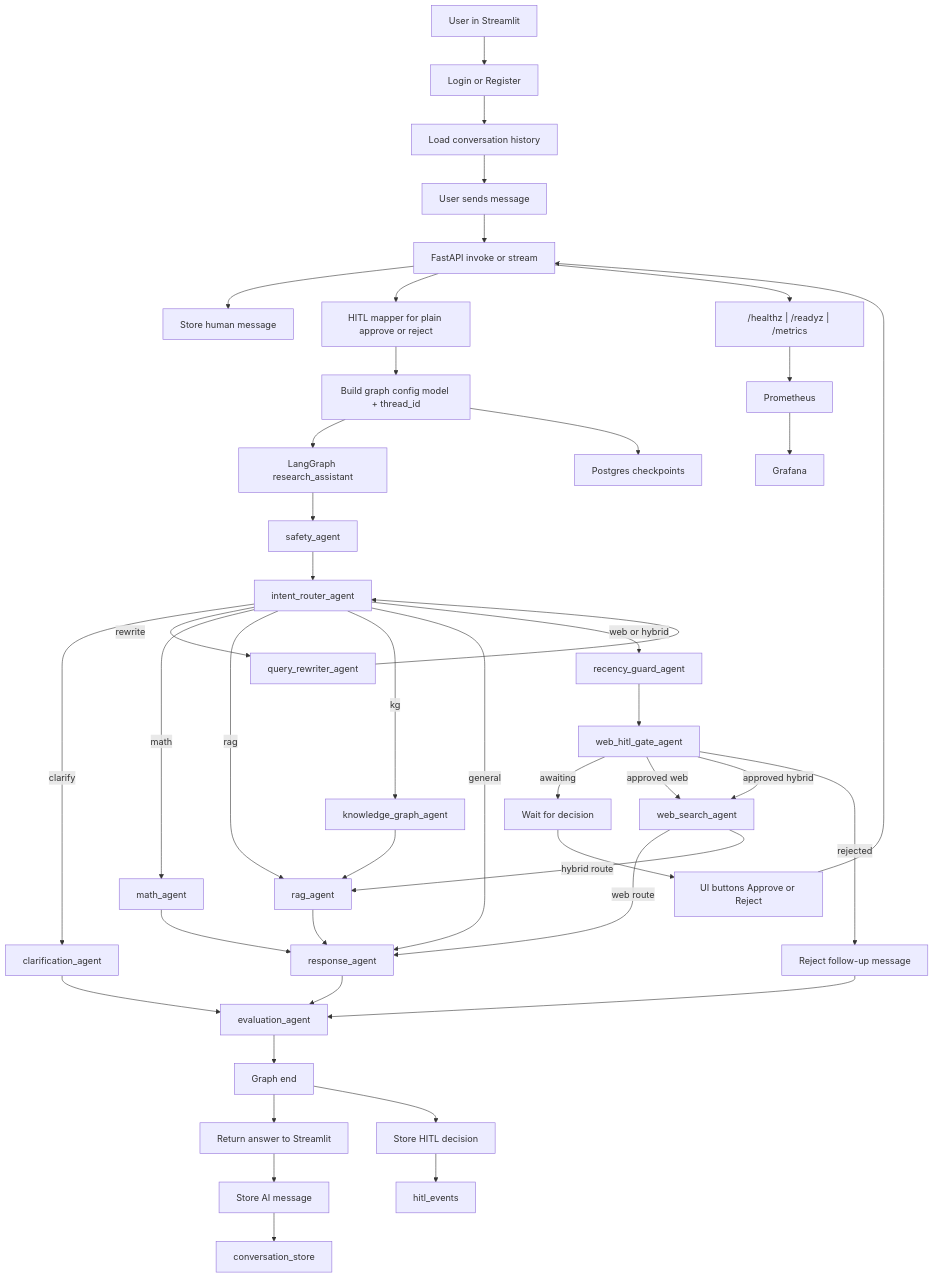
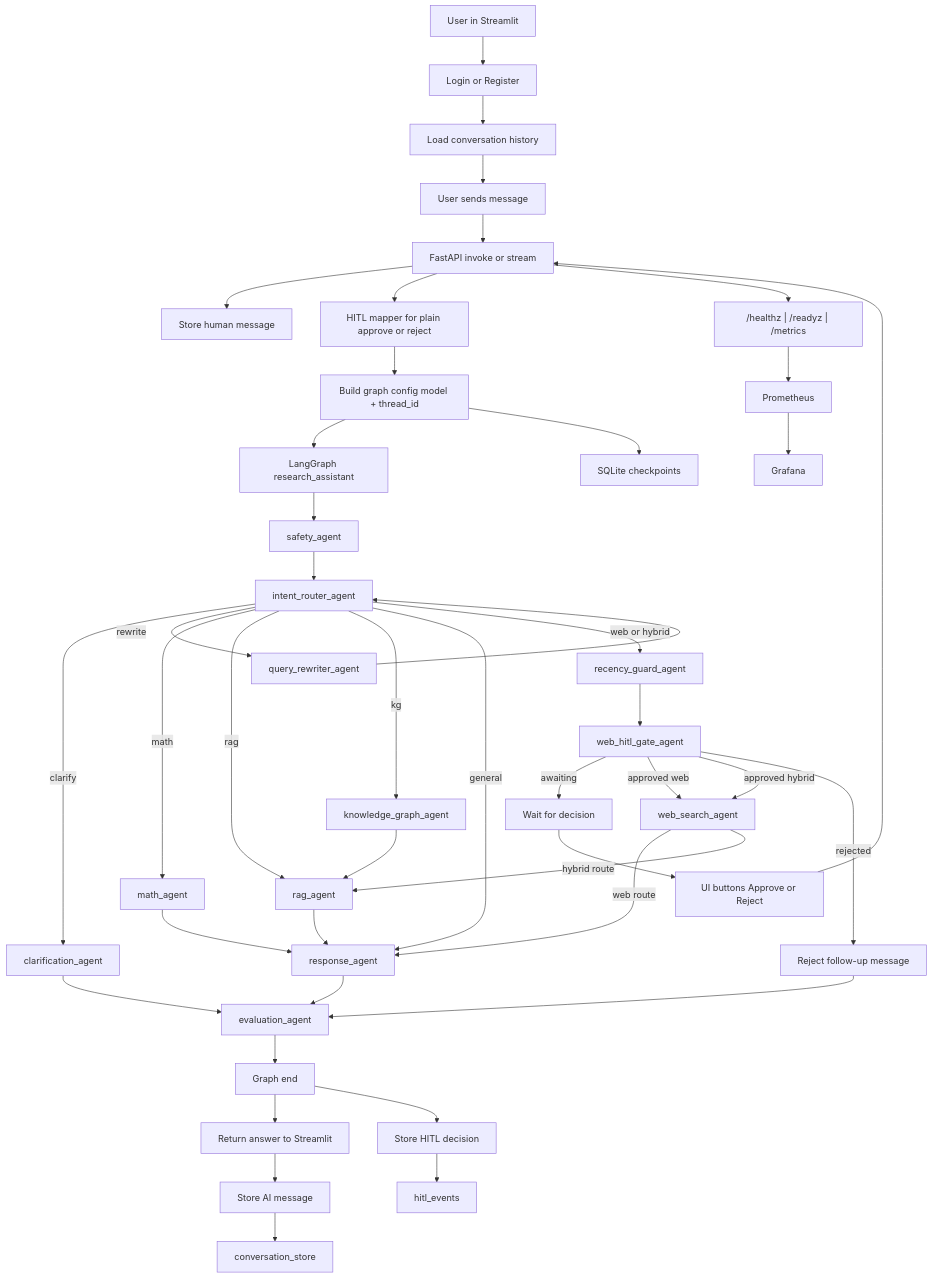
The diagram in docs/architecture/agent_runtime_flow.mmd (himanshukumaaar/multi-agent-framework), drawn with Mermaid before and after one commit. The commit also changed 10 other files, not shown here.

```diff
--- a/docs/architecture/agent_runtime_flow.mmd
+++ b/docs/architecture/agent_runtime_flow.mmd
@@ -1,63 +1,63 @@
 %% File Purpose:
 %% - Raw Mermaid source for the runtime architecture flow.
 %% - Use this when exporting diagrams or embedding in docs/tools.
 
 flowchart TD
     U[User in Streamlit] --> AUTH[Login or Register]
     AUTH --> HIST[Load conversation history]
     HIST --> Q[User sends message]
     Q --> API[FastAPI invoke or stream]
 
     API --> STOREH[Store human message]
     API --> HMAP[HITL mapper for plain approve or reject]
     HMAP --> CFG[Build graph config model + thread_id]
     CFG --> LG[LangGraph research_assistant]
-    CFG --> CHK[Postgres checkpoints]
+    CFG --> CHK[SQLite checkpoints]
 
     LG --> SA[safety_agent]
     SA --> IR[intent_router_agent]
 
     IR -->|clarify| CA[clarification_agent]
     CA --> EVA[evaluation_agent]
 
     IR -->|rewrite| QR[query_rewriter_agent]
     QR --> IR
 
     IR -->|math| MA[math_agent]
     MA --> RESP[response_agent]
 
     IR -->|rag| RA[rag_agent]
     RA --> RESP
 
     IR -->|kg| KG[knowledge_graph_agent]
     KG --> RA
 
     IR -->|general| RESP
 
     IR -->|web or hybrid| RG[recency_guard_agent]
     RG --> WH[web_hitl_gate_agent]
 
     WH -->|awaiting| WAIT[Wait for decision]
     WAIT --> BTN[UI buttons Approve or Reject]
     BTN --> API
 
     WH -->|approved web| WS[web_search_agent]
     WS -->|web route| RESP
 
     WH -->|approved hybrid| WS
     WS -->|hybrid route| RA
 
     WH -->|rejected| REJ[Reject follow-up message]
     REJ --> EVA
 
     RESP --> EVA
     EVA --> END[Graph end]
     END --> APIRESP[Return answer to Streamlit]
     APIRESP --> STOREA[Store AI message]
     STOREA --> CST[conversation_store]
     END --> HITLDB[Store HITL decision]
     HITLDB --> HITL[hitl_events]
 
     API --> METRICS["/healthz | /readyz | /metrics"]
     METRICS --> PROM[Prometheus]
     PROM --> GRAF[Grafana]
```
